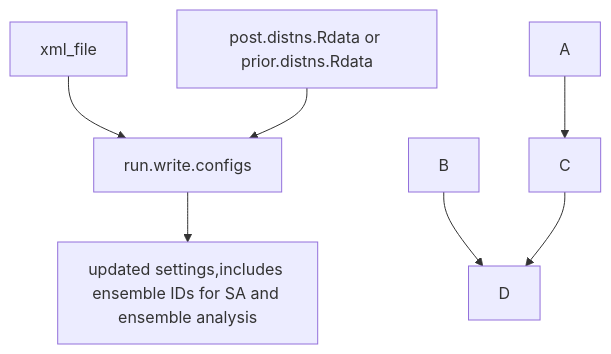
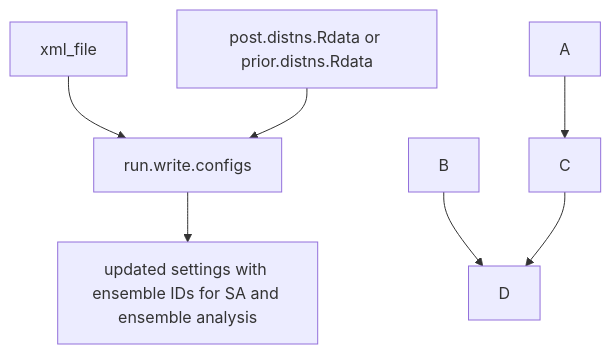
One commit to ecamo19/gsoc_project_2022_vm changed the diagram in README.md. Above: the diagram before and after it, drawn with Mermaid.

````diff
--- a/README.md
+++ b/README.md
@@ -49,9 +49,9 @@
 ```mermaid
   graph TD;
       settings[xml_file]-->run.write.configs ;
       posterior.files[post.distns.Rdata or prior.distns.Rdata]-->run.write.configs;
-      run.write.configs-->output_1[updated settings,includes ensemble IDs for SA and ensemble analysis ];
+      run.write.configs-->output_1[updated settings with ensemble IDs for SA and ensemble analysis ];
       A-->C;
       B-->D;
       C-->D;
 ```
````
